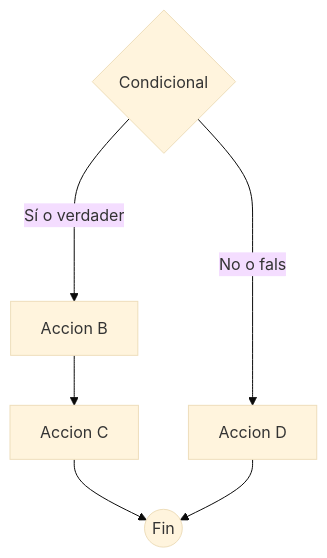
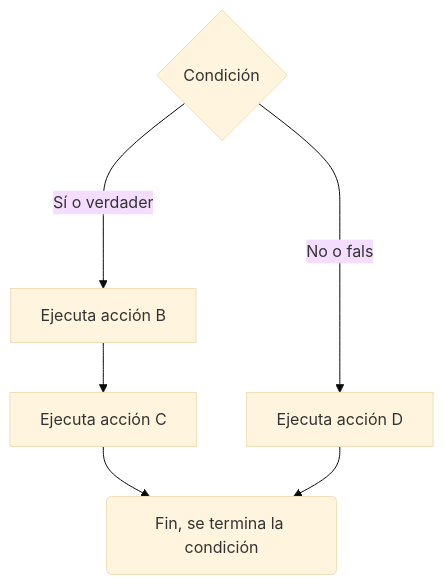
Before and after one commit to ayalamarcelo/golang: the first of 3 diagrams in clase-1-5.md, drawn with Mermaid (base theme). The commit also changed other lines of this file, not shown here.

````diff
--- a/clase-1-5.md
+++ b/clase-1-5.md
@@ -125,11 +131,11 @@
 ```mermaid
 graph TD
-A{Condicional};
-B[Accion B];
-C[Accion C];
-D[Accion D];
-E((Fin));
+A{Condición};
+B[Ejecuta acción B];
+C[Ejecuta acción C];
+D[Ejecuta acción D];
+E(Fin, se termina la condición);
 
 A --Sí o verdadero--> B --> C --> E;
 A --No o falso--> D --> E; 
 ```
````
